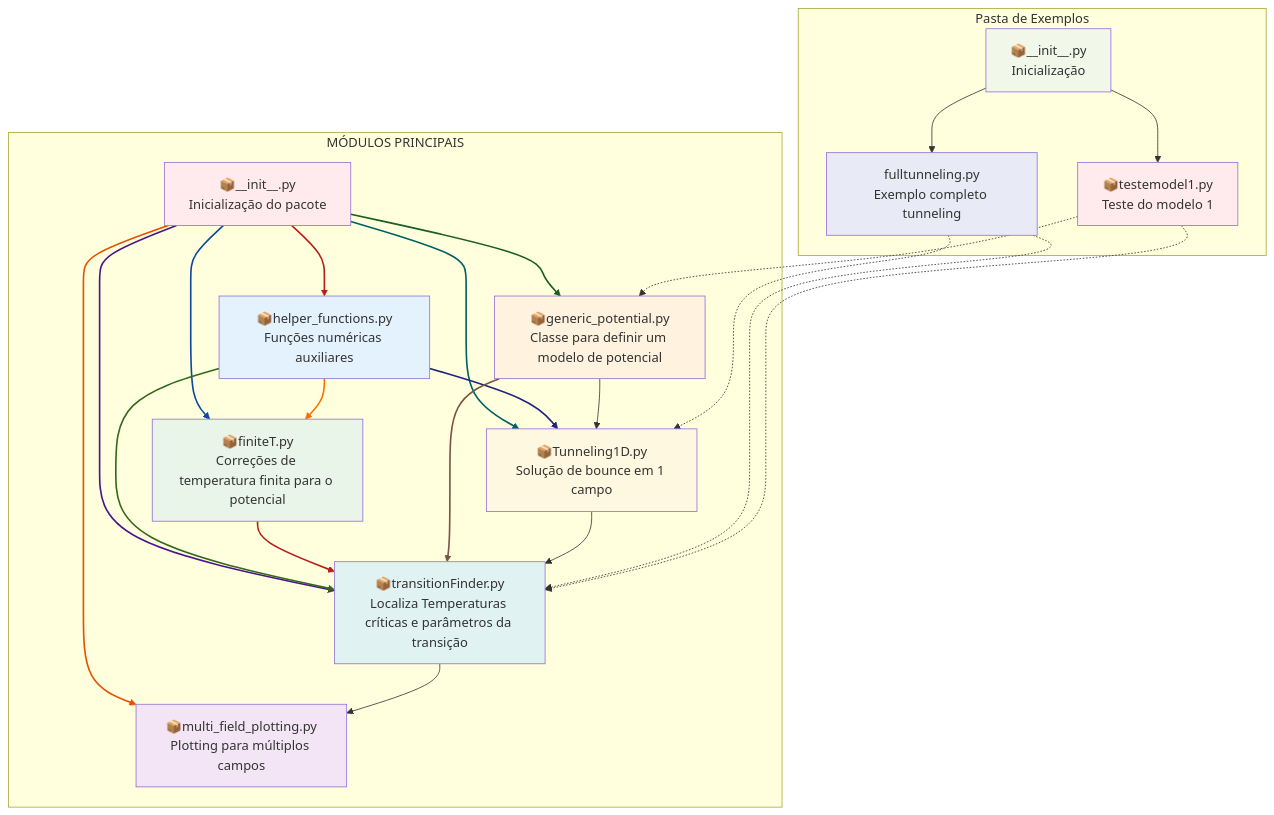
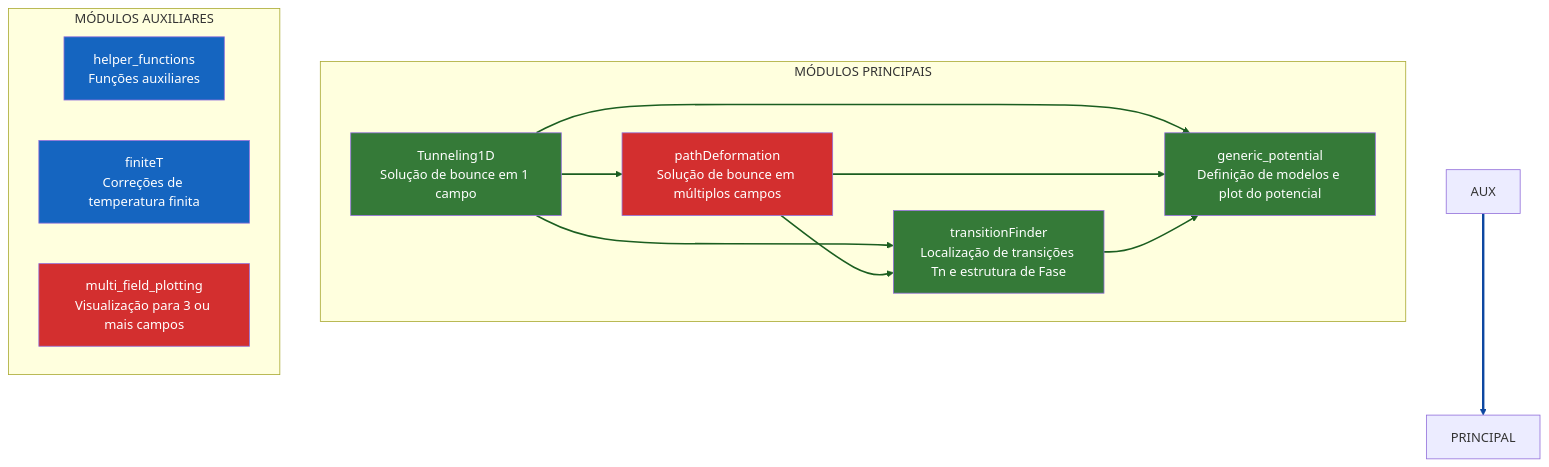
The first of 3 diagrams in README.md (IgorStellet/GW_FOPT_Simulation), drawn with Mermaid before and after one commit. The commit also changed other lines of this file, not shown here.

Commit message:
Update_2 README.md
Melhorias no cronograma e descrição das funções

````diff
--- a/README.md
+++ b/README.md
@@ -19,55 +19,44 @@
 ```mermaid
 graph TD
     %% ========== MÓDULOS PRINCIPAIS ==========
     subgraph "MÓDULOS PRINCIPAIS"
-        A["📦__init__.py"<br/>Inicialização do pacote] --> B[📦helper_functions.py<br/>Funções numéricas auxiliares]
-        A --> C[📦finiteT.py<br/>Correções de temperatura finita para o potencial]
-        A --> D[📦generic_potential.py<br/>Classe para definir um modelo de potencial]
-        A --> E[📦multi_field_plotting.py<br/>Plotting para múltiplos campos]
-        A --> F[📦transitionFinder.py<br/>Localiza Temperaturas críticas e parâmetros da transição]
-        A --> G[📦Tunneling1D.py<br/>Solução de bounce em 1 campo]
+        T1D[Tunneling1D<br/>Solução de bounce em 1 campo]
+        PD[pathDeformation<br/>Solução de bounce em múltiplos campos]
+        TF[transitionFinder<br/>Localização de transições Tn e estrutura de Fase]
+        GP[generic_potential<br/>Definição de modelos e plot do potencial]
         
-        B --> C
-        B --> F
-        B --> G
-        C --> F
-        D --> F
-        D --> G
-        F --> E
-        G --> F
+        T1D --> PD
+        T1D --> TF
+        T1D --> GP
+        PD --> TF
+        PD --> GP
+        TF --> GP
     end
 
-    subgraph "Pasta de Exemplos"
-        H[📦__init__.py<br/>Inicialização] --> I[fulltunneling.py<br/>Exemplo completo tunneling]
-        H --> J[📦testemodel1.py<br/>Teste do modelo 1]
-        
-        I -.-> F
-        I -.-> G
-        J -.-> D
-        J -.-> F
+    %% ========== MÓDULOS AUXILIARES ==========
+    subgraph "MÓDULOS AUXILIARES"
+        HF[helper_functions<br/>Funções auxiliares]
+        FT[finiteT<br/>Correções de temperatura finita]
+        MFP[multi_field_plotting<br/>Visualização para 3 ou mais campos]
     end
 
+    %% ========== DEPENDÊNCIAS ==========
+    AUX --> PRINCIPAL
+    
     %% ========== ESTILOS ==========
-    style A fill:#ffebee
-    style B fill:#e3f2fd
-    style C fill:#e8f5e8
-    style D fill:#fff3e0
-    style E fill:#f3e5f5
-    style F fill:#e0f2f1
-    style G fill:#fff8e1
-    style H fill:#f1f8e9
-    style I fill:#e8eaf6
-    style J fill:#ffebee
+    style T1D fill:#357a38,color:white
+    style PD fill:#d32f2f,color:white
+    style TF fill:#357a38,color:white
+    style GP fill:#357a38,color:white
+    style HF fill:#1565c0,color:white
+    style FT fill:#1565c0,color:white
+    style MFP fill:#d32f2f,color:white
     
-    linkStyle 0 stroke:#b71c1c,stroke-width:2px
-    linkStyle 1 stroke:#0d47a1,stroke-width:2px
+    linkStyle 0 stroke:#1b5e20,stroke-width:2px
+    linkStyle 1 stroke:#1b5e20,stroke-width:2px
     linkStyle 2 stroke:#1b5e20,stroke-width:2px
-    linkStyle 3 stroke:#e65100,stroke-width:2px
-    linkStyle 4 stroke:#4a148c,stroke-width:2px
-    linkStyle 5 stroke:#006064,stroke-width:2px
-    linkStyle 6 stroke:#ff6f00,stroke-width:2px
-    linkStyle 7 stroke:#33691e,stroke-width:2px
-    linkStyle 8 stroke:#1a237e,stroke-width:2px
-    linkStyle 9 stroke:#b71c1c,stroke-width:2px
-    linkStyle 10 stroke:#795548,stroke-width:2px
+    linkStyle 3 stroke:#1b5e20,stroke-width:2px
+    linkStyle 4 stroke:#1b5e20,stroke-width:2px
+    linkStyle 5 stroke:#1b5e20,stroke-width:2px
+    linkStyle 6 stroke:#0d47a1,stroke-width:3px
 ```
````
